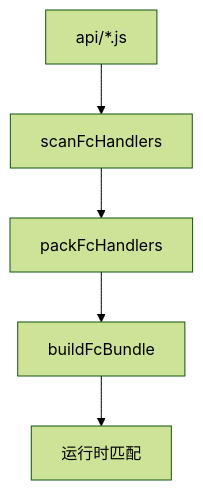
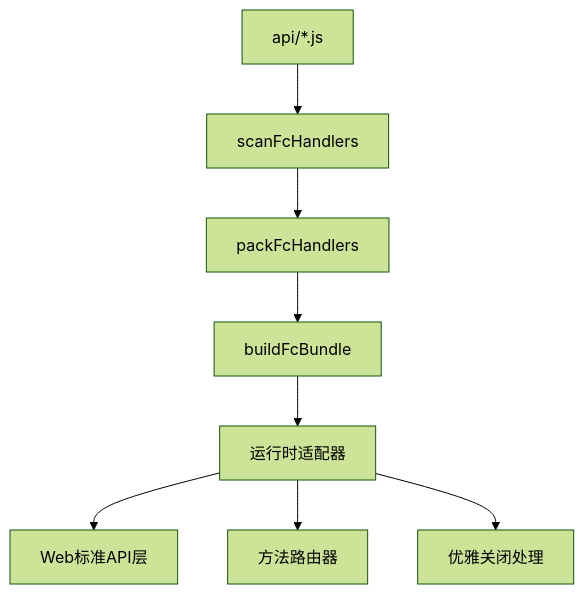
Before and after one commit to esa-sp/test-for-aone-ci: the tenth of 10 diagrams in .qoder/repowiki/zh/content/无服务器函数测试/无服务器函数测试.md, drawn with Mermaid (forest theme). The commit also changed other lines of this file and 51 other files, not shown here.

````diff
--- a/.qoder/repowiki/zh/content/无服务器函数测试/无服务器函数测试.md
+++ b/.qoder/repowiki/zh/content/无服务器函数测试/无服务器函数测试.md
@@ -296,7 +411,10 @@
 ```mermaid
 graph TB
 Src["api/*.js"] --> Scan["scanFcHandlers"]
 Scan --> Pack["packFcHandlers"]
 Pack --> Bundle["buildFcBundle"]
-Bundle --> Runtime["运行时匹配"]
+Bundle --> Runtime["运行时适配器"]
+Runtime --> WebAPI["Web标准API层"]
+Runtime --> MethodRouter["方法路由器"]
+Runtime --> Graceful["优雅关闭处理"]
 ```
````
